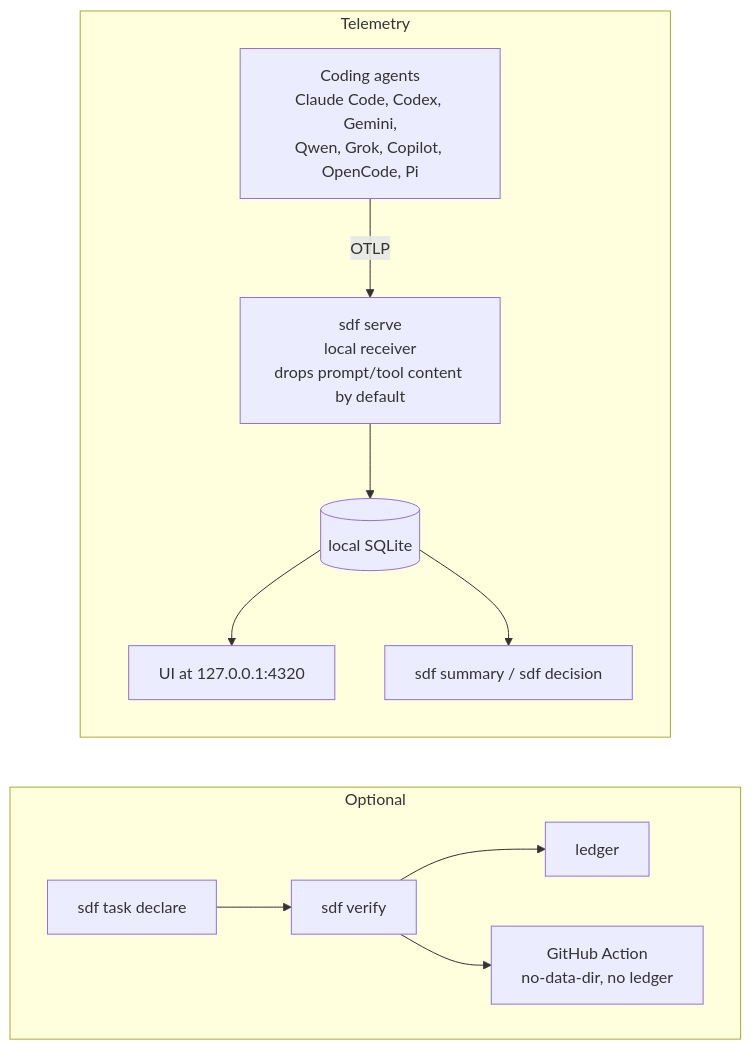
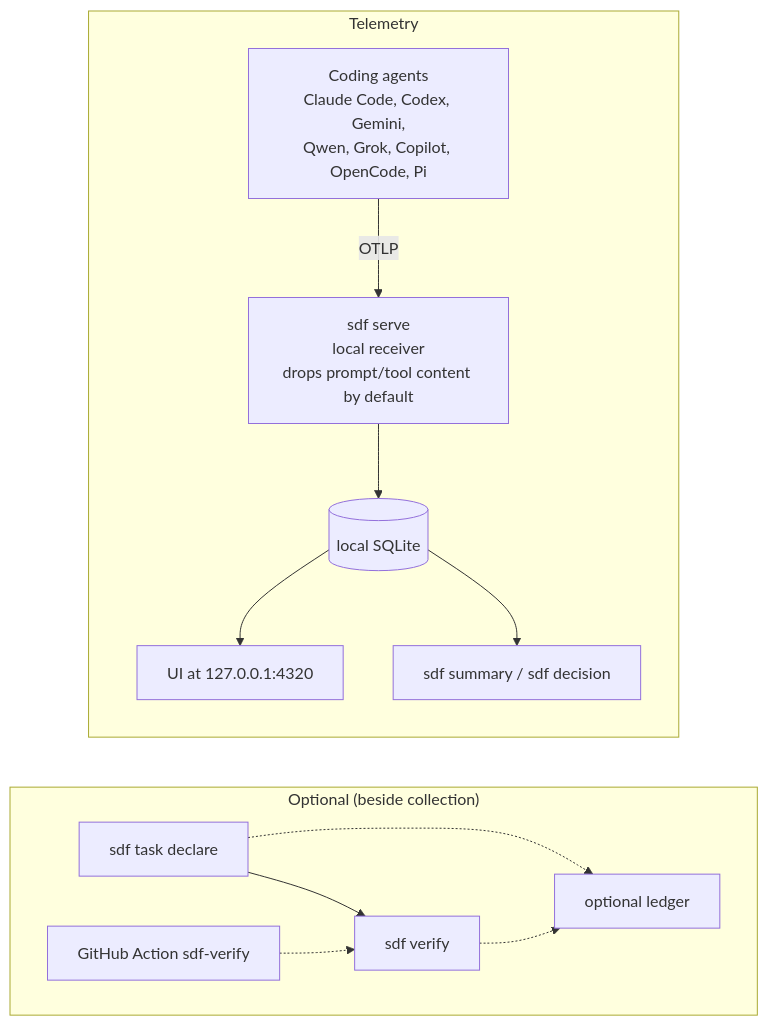
The diagram in docs/index.md (paulpham157/sdf), drawn with Mermaid before and after one commit. The commit also changed other lines of this file and 5 other files, not shown here.

First line of the commit message:
docs: address review on the docs site mermaid, contrast, and Pages setup

````diff
--- a/docs/index.md
+++ b/docs/index.md
@@ -56,17 +56,17 @@
 ```mermaid
 flowchart TB
   subgraph telemetry["Telemetry"]
     direction TB
     A["Coding agents<br/>Claude Code, Codex, Gemini,<br/>Qwen, Grok, Copilot, OpenCode, Pi"] -->|OTLP| S["sdf serve<br/>local receiver<br/>drops prompt/tool content by default"]
     S --> DB[(local SQLite)]
     DB --> UI["UI at 127.0.0.1:4320"]
     DB --> OUT["sdf summary / sdf decision"]
   end
-  subgraph optional["Optional"]
-    direction LR
+  subgraph optional["Optional (beside collection)"]
     T["sdf task declare"] --> V["sdf verify"]
-    V --> L["ledger"]
-    V --> G["GitHub Action<br/>no-data-dir, no ledger"]
+    T -.-> L["optional ledger"]
+    V -.-> L
+    GHA["GitHub Action sdf-verify"] -.-> V
   end
   telemetry ~~~ optional
 ```
````
